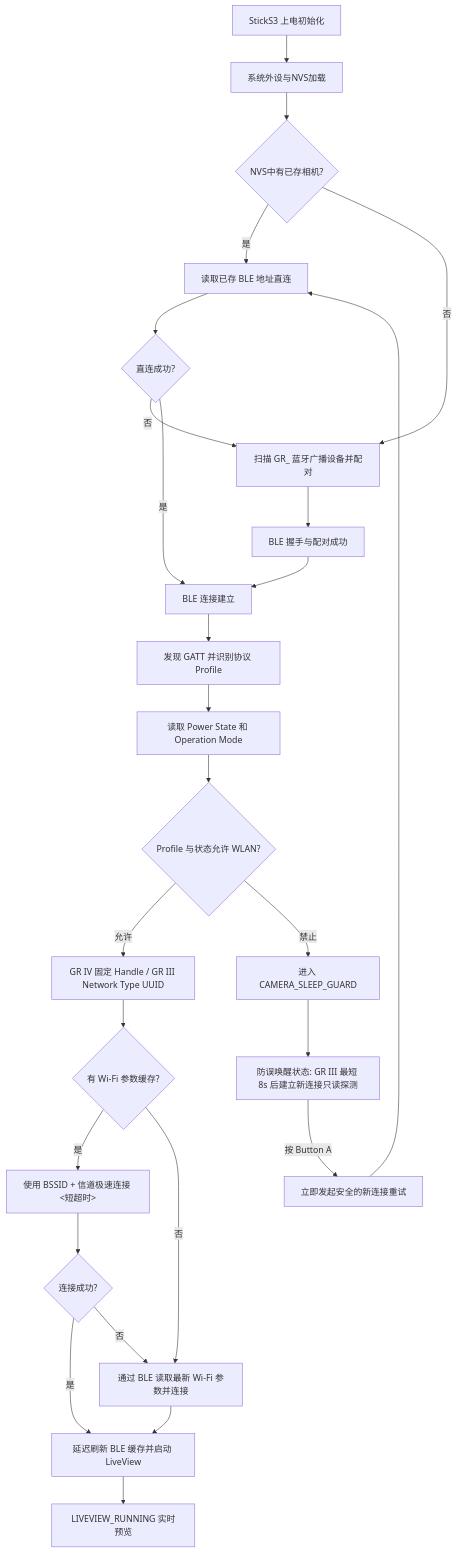
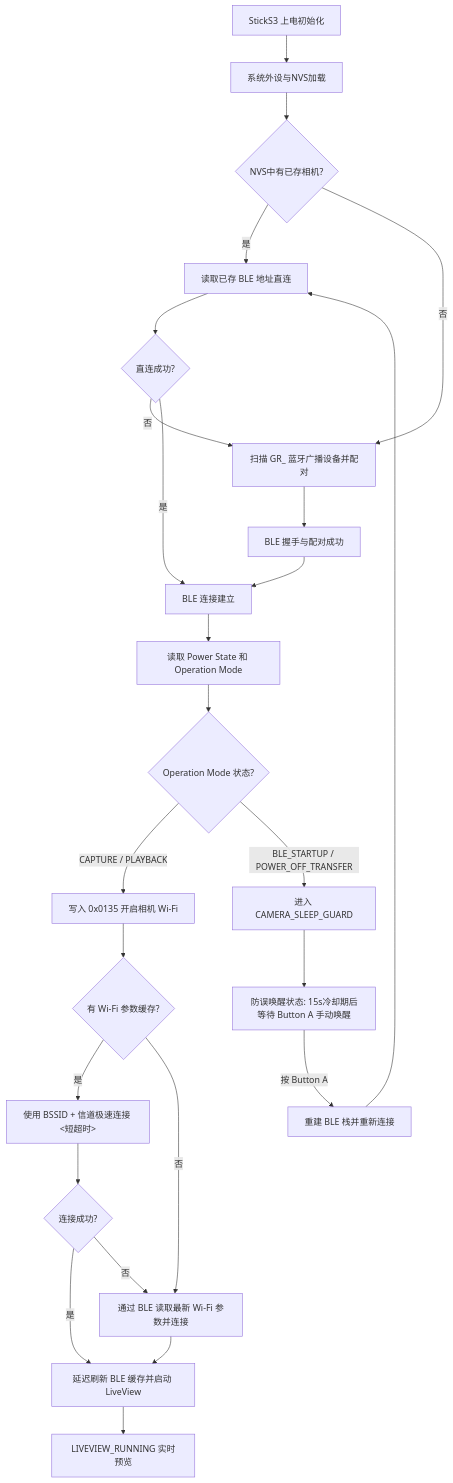
One commit to sky18Dragon/RICOH-GR-Live-View-Shooting changed the diagram in README.md. Above: the diagram before and after it, drawn with Mermaid. The commit also changed other lines of this file and 29 other files, not shown here.

````diff
--- a/README.md
+++ b/README.md
@@ -98,28 +94,27 @@
 ```mermaid
 graph TD
     A[StickS3 上电初始化] --> B[系统外设与NVS加载]
     B --> C{NVS中有已存相机?}
     C -->|是| D[读取已存 BLE 地址直连]
     C -->|否| E[扫描 GR_ 蓝牙广播设备并配对]
     D --> F{直连成功?}
     F -->|否| E
     E --> G[BLE 握手与配对成功]
     F -->|是| H[BLE 连接建立]
     G --> H
-    H --> I[发现 GATT 并识别协议 Profile]
-    I --> J[读取 Power State 和 Operation Mode]
-    J --> K{Profile 与状态允许 WLAN?}
-    K -->|允许| U[GR IV 固定 Handle / GR III Network Type UUID]
-    K -->|禁止| L[进入 CAMERA_SLEEP_GUARD]
-    U --> M{有 Wi-Fi 参数缓存?}
+    H --> I[读取 Power State 和 Operation Mode]
+    I --> J{Operation Mode 状态?}
+    J -->|CAPTURE / PLAYBACK| K[写入 0x0135 开启相机 Wi-Fi]
+    J -->|BLE_STARTUP / POWER_OFF_TRANSFER| L[进入 CAMERA_SLEEP_GUARD]
+    K --> M{有 Wi-Fi 参数缓存?}
     M -->|是| N[使用 BSSID + 信道极速连接 <短超时>]
     M -->|否| O[通过 BLE 读取最新 Wi-Fi 参数并连接]
     N --> P{连接成功?}
     P -->|是| Q[延迟刷新 BLE 缓存并启动 LiveView]
     P -->|否| O
     O --> Q
     Q --> R[LIVEVIEW_RUNNING 实时预览]
-    L --> S[防误唤醒状态: GR III 最短 8s 后建立新连接只读探测]
-    S -->|按 Button A| T[立即发起安全的新连接重试]
+    L --> S[防误唤醒状态: 15s冷却期后等待 Button A 手动唤醒]
+    S -->|按 Button A| T[重建 BLE 栈并重新连接]
     T --> D
 ```
````
